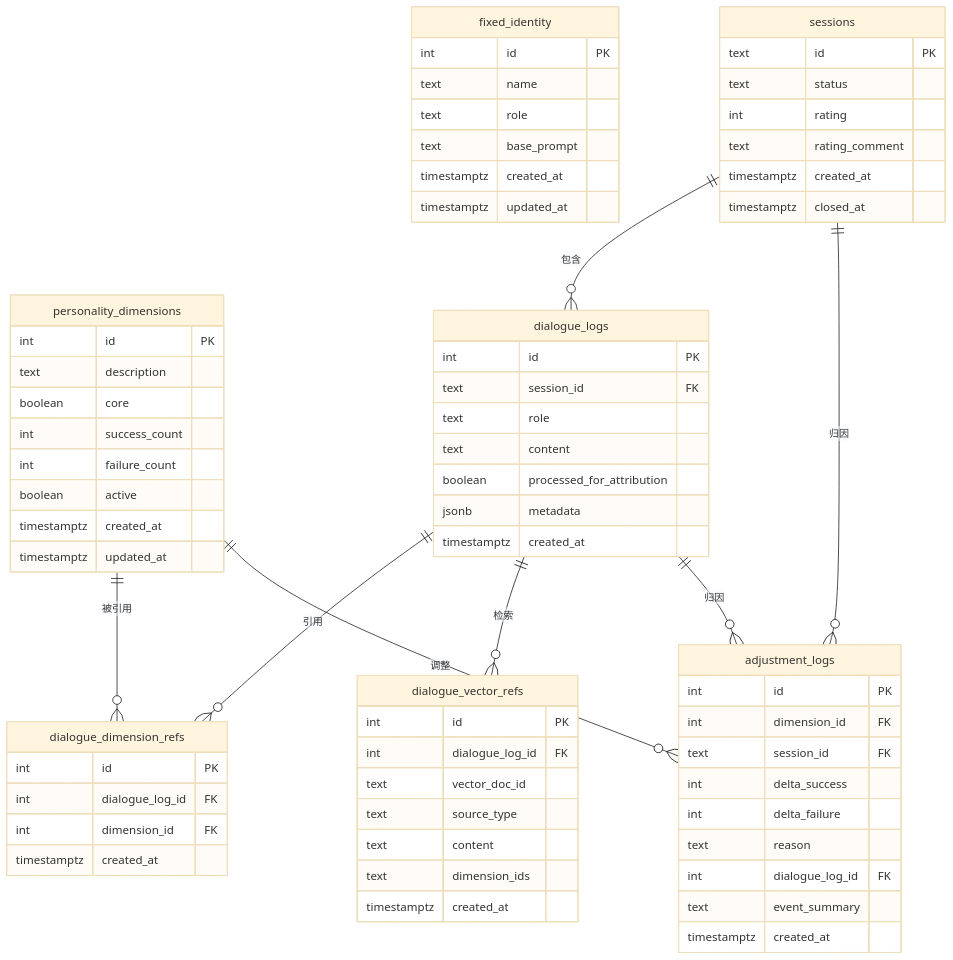
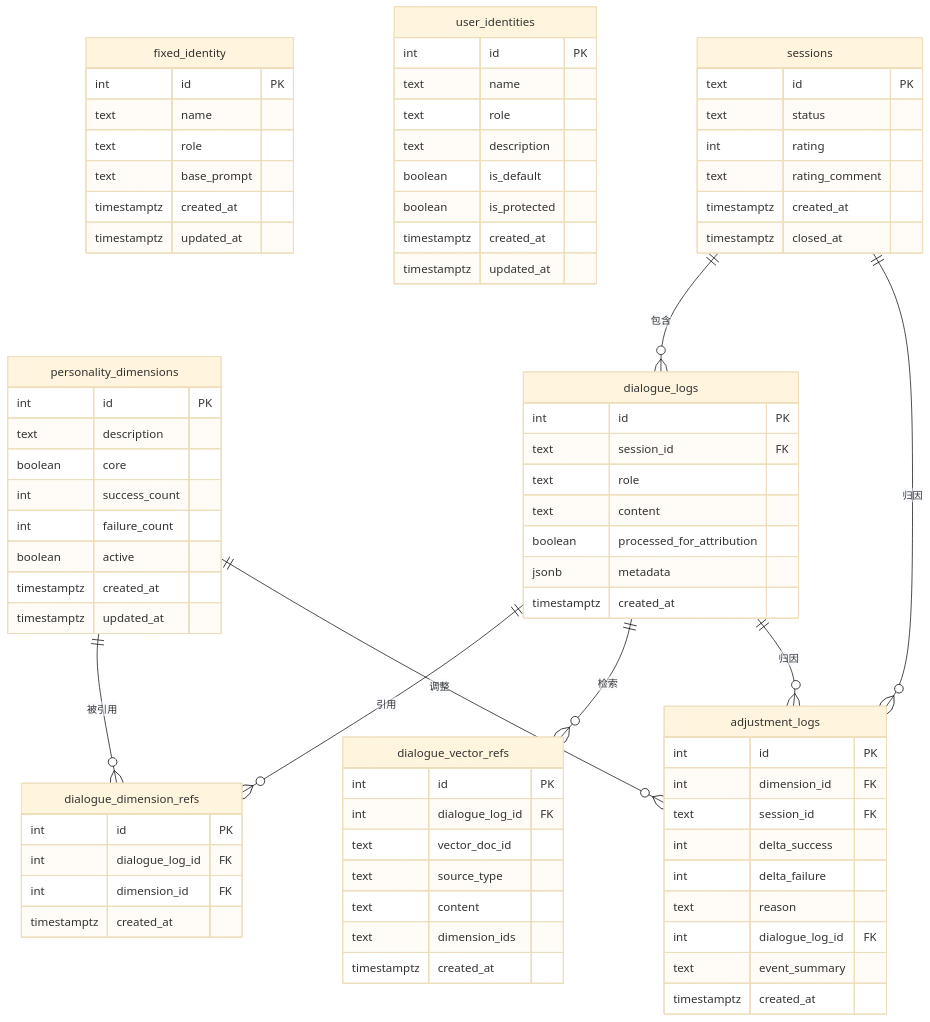
One commit to ianzhang1988/mr.data changed the diagram in doc/database-design.md. Above: the diagram before and after it, drawn with Mermaid (base theme). The commit also changed other lines of this file and 8 other files, not shown here.

```diff
--- a/doc/database-design.md
+++ b/doc/database-design.md
@@ -252,6 +303,17 @@
         text name
         text role
         text base_prompt
+        timestamptz created_at
+        timestamptz updated_at
+    }
+
+    user_identities {
+        int id PK
+        text name
+        text role
+        text description
+        boolean is_default
+        boolean is_protected
         timestamptz created_at
         timestamptz updated_at
     }
```
